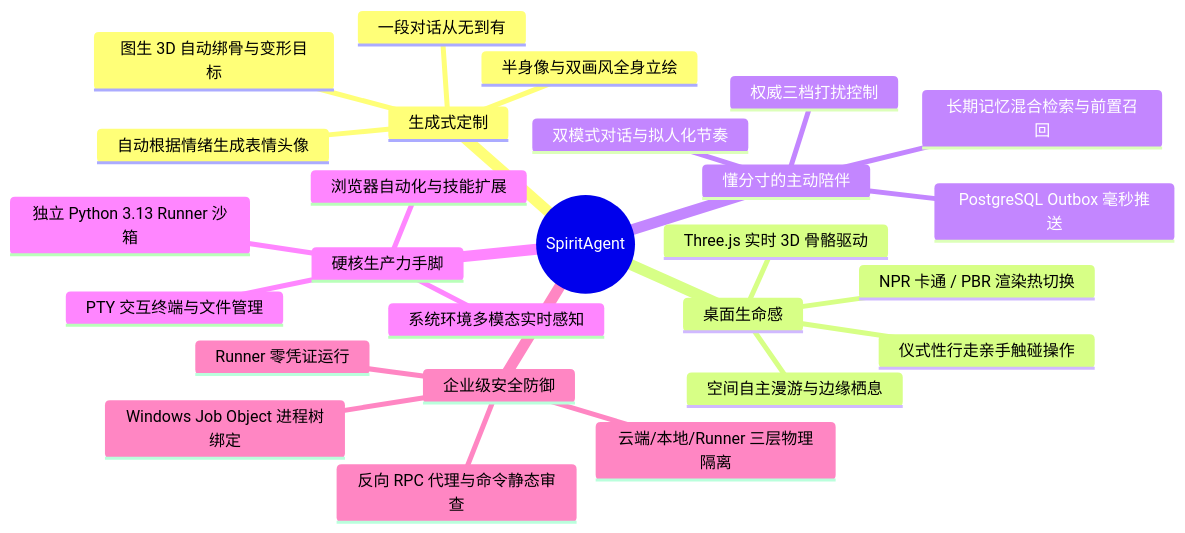
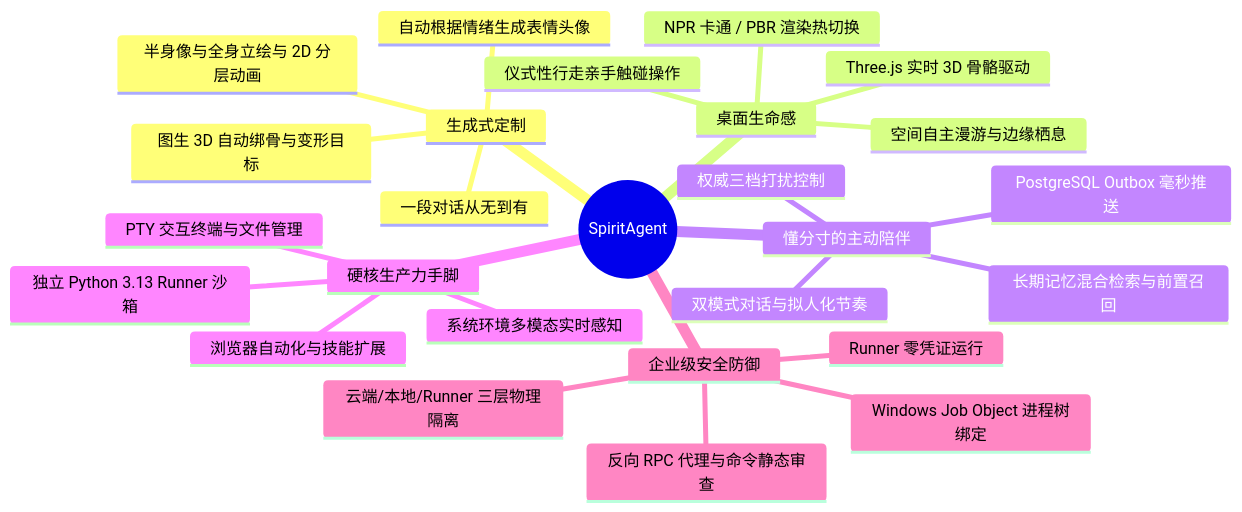
One commit to yangjinming1062/DeskAgent changed the diagram in README.md. Above: the diagram before and after it, drawn with Mermaid. The commit also changed other lines of this file and 12 other files, not shown here.

````diff
--- a/README.md
+++ b/README.md
@@ -33,29 +33,29 @@
 ```mermaid
 mindmap
   root((SpiritAgent))
     生成式定制
       一段对话从无到有
-      半身像与双画风全身立绘
+      半身像与全身立绘与 2D 分层动画
       图生 3D 自动绑骨与变形目标
       自动根据情绪生成表情头像
     桌面生命感
       Three.js 实时 3D 骨骼驱动
       NPR 卡通 / PBR 渲染热切换
       空间自主漫游与边缘栖息
       仪式性行走亲手触碰操作
     懂分寸的主动陪伴
       长期记忆混合检索与前置召回
       PostgreSQL Outbox 毫秒推送
       权威三档打扰控制
       双模式对话与拟人化节奏
     硬核生产力手脚
       独立 Python 3.13 Runner 沙箱
       PTY 交互终端与文件管理
       浏览器自动化与技能扩展
       系统环境多模态实时感知
     企业级安全防御
       云端/本地/Runner 三层物理隔离
       Runner 零凭证运行
       反向 RPC 代理与命令静态审查
       Windows Job Object 进程树绑定
 ```
````
